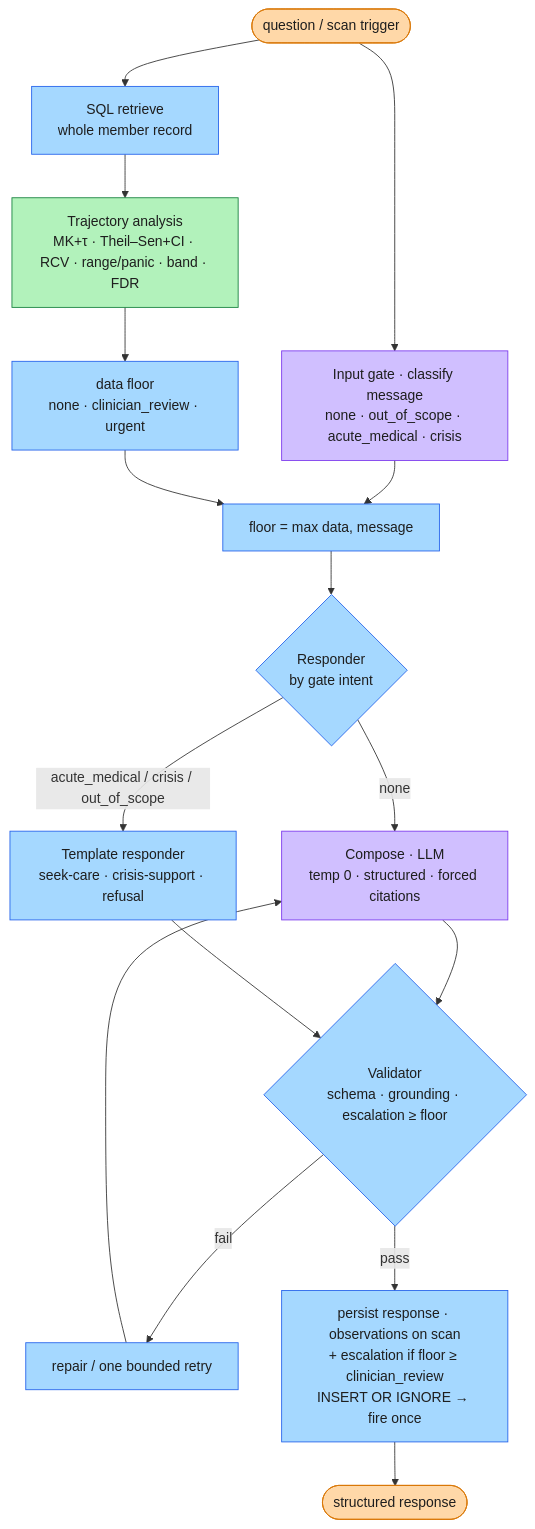
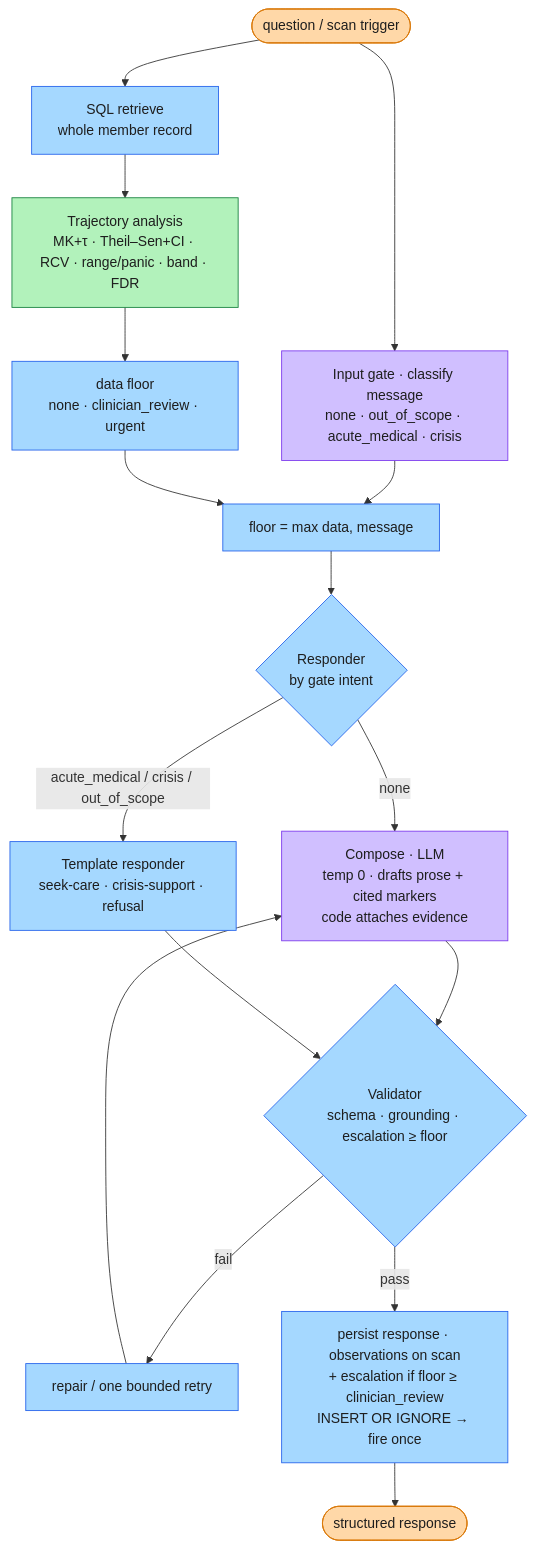
Before and after one commit to franalli/health-agent-lab: the second of 11 diagrams in docs/architecture.md, drawn with Mermaid. The commit also changed other lines of this file and 25 other files, not shown here.

````diff
--- a/docs/architecture.md
+++ b/docs/architecture.md
@@ -100,22 +100,22 @@
 ```mermaid
 flowchart TD
   Q([question / scan trigger]):::io --> R[SQL retrieve<br/>whole member record]:::det
   R --> A[Trajectory analysis<br/>MK+τ · Theil–Sen+CI · RCV · range/panic · band · FDR]:::stat
   A --> DF[data floor<br/>none · clinician_review · urgent]:::det
   Q --> G[Input gate · classify message<br/>none · out_of_scope · acute_medical · crisis]:::gen
   G --> FL[floor = max data, message]:::det
   DF --> FL
   FL --> RT{Responder<br/>by gate intent}:::det
-  RT -- none --> C[Compose · LLM<br/>temp 0 · structured · forced citations]:::gen
+  RT -- none --> C[Compose · LLM<br/>temp 0 · drafts prose + cited markers<br/>code attaches evidence]:::gen
   RT -- acute_medical / crisis / out_of_scope --> T[Template responder<br/>seek-care · crisis-support · refusal]:::det
   C --> V{Validator<br/>schema · grounding · escalation ≥ floor}:::det
   T --> V
   V -- fail --> RP[repair / one bounded retry]:::det
   RP --> C
   V -- pass --> P[persist response · observations on scan<br/>+ escalation if floor ≥ clinician_review<br/>INSERT OR IGNORE → fire once]:::det
   P --> O([structured response]):::io
   classDef det fill:#a5d8ff,stroke:#2563eb,color:#1e1e1e
   classDef stat fill:#b2f2bb,stroke:#15803d,color:#1e1e1e
   classDef gen fill:#d0bfff,stroke:#7c3aed,color:#1e1e1e
   classDef io fill:#ffd8a8,stroke:#d97706,color:#1e1e1e
 ```
````
